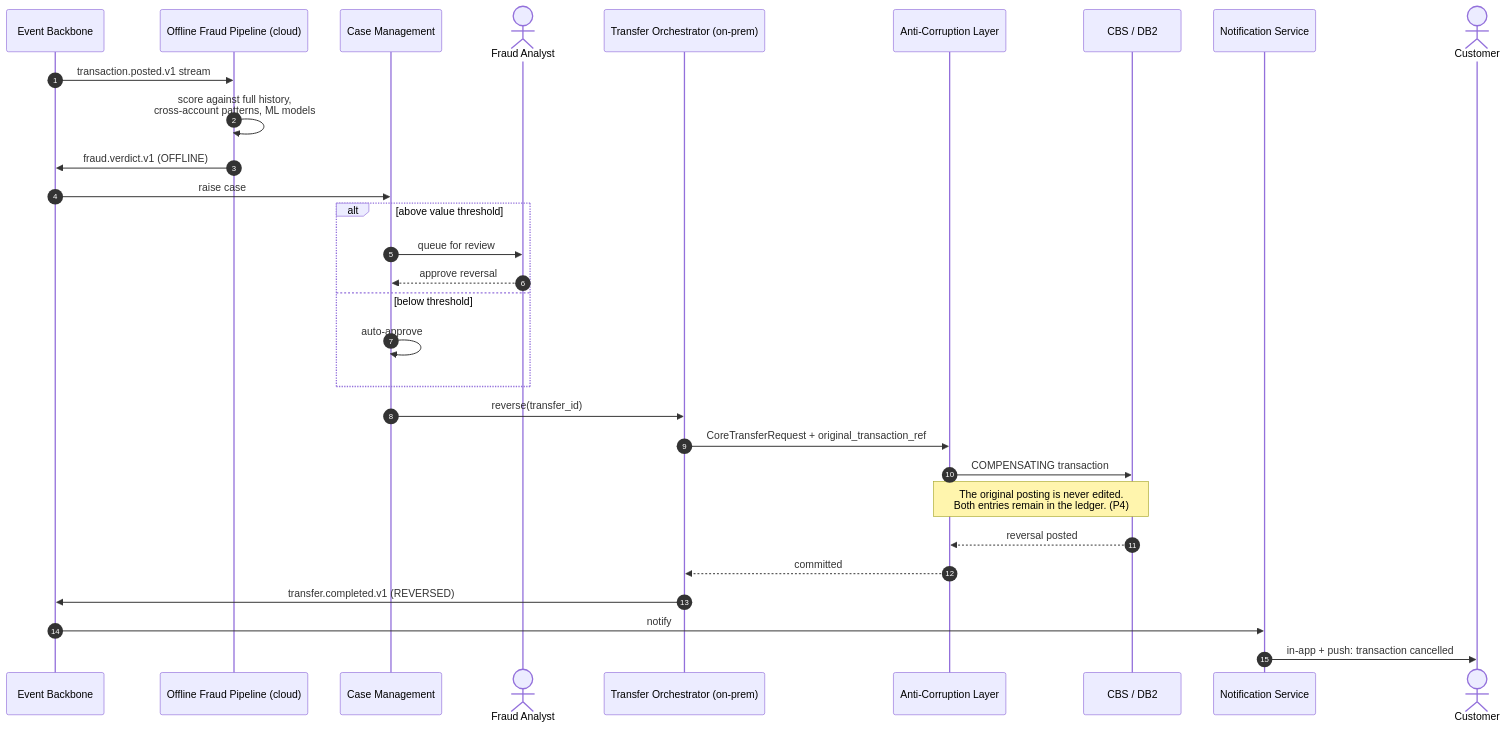
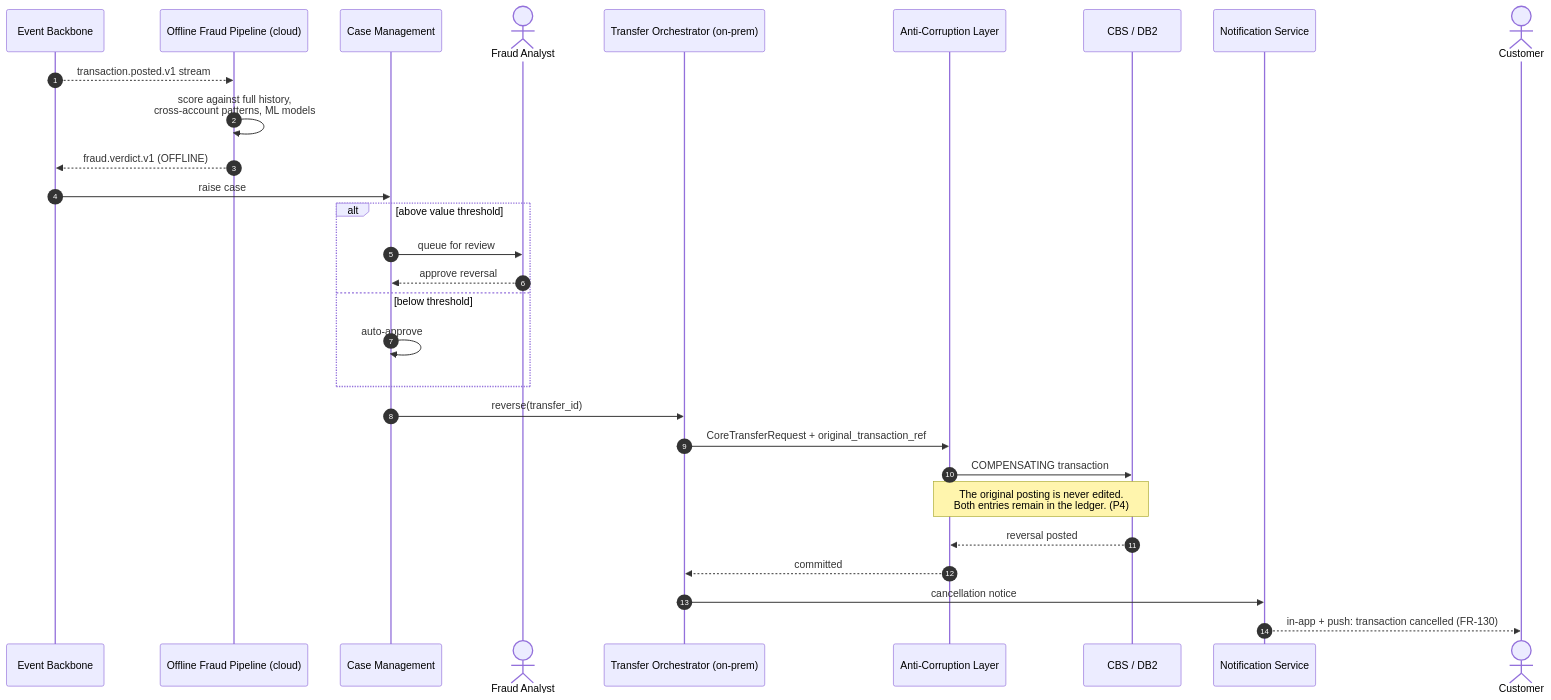
The tenth of 15 diagrams in docs/solution/diagrams.md (sunnydubey1111/neobank-digital-leap), drawn with Mermaid before and after one commit. The commit also changed other lines of this file and 7 other files, not shown here.

````diff
--- a/docs/solution/diagrams.md
+++ b/docs/solution/diagrams.md
@@ -391,33 +507,32 @@
 ```mermaid
 sequenceDiagram
     autonumber
     participant B as Event Backbone
     participant OF as Offline Fraud Pipeline (cloud)
     participant CM as Case Management
     actor A as Fraud Analyst
     participant O as Transfer Orchestrator (on-prem)
     participant ACL as Anti-Corruption Layer
     participant CBS as CBS / DB2
     participant N as Notification Service
     actor C as Customer
 
-    B->>OF: transaction.posted.v1 stream
+    B-->>OF: transaction.posted.v1 stream
     OF->>OF: score against full history,<br/>cross-account patterns, ML models
-    OF->>B: fraud.verdict.v1 (OFFLINE)
+    OF-->>B: fraud.verdict.v1 (OFFLINE)
     B->>CM: raise case
     alt above value threshold
         CM->>A: queue for review
         A-->>CM: approve reversal
     else below threshold
         CM->>CM: auto-approve
     end
     CM->>O: reverse(transfer_id)
     O->>ACL: CoreTransferRequest + original_transaction_ref
     ACL->>CBS: COMPENSATING transaction
     Note over ACL,CBS: The original posting is never edited.<br/>Both entries remain in the ledger. (P4)
     CBS-->>ACL: reversal posted
     ACL-->>O: committed
-    O->>B: transfer.completed.v1 (REVERSED)
-    B->>N: notify
-    N->>C: in-app + push: transaction cancelled
+    O->>N: cancellation notice
+    N-->>C: in-app + push: transaction cancelled (FR-130)
 ```
````
